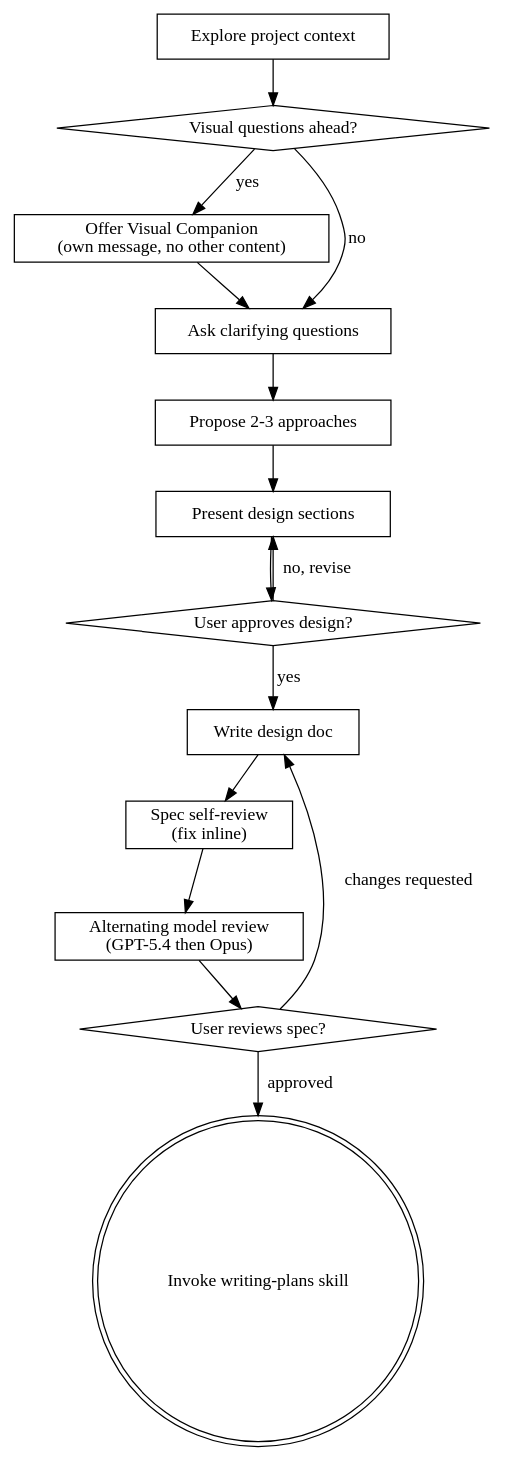
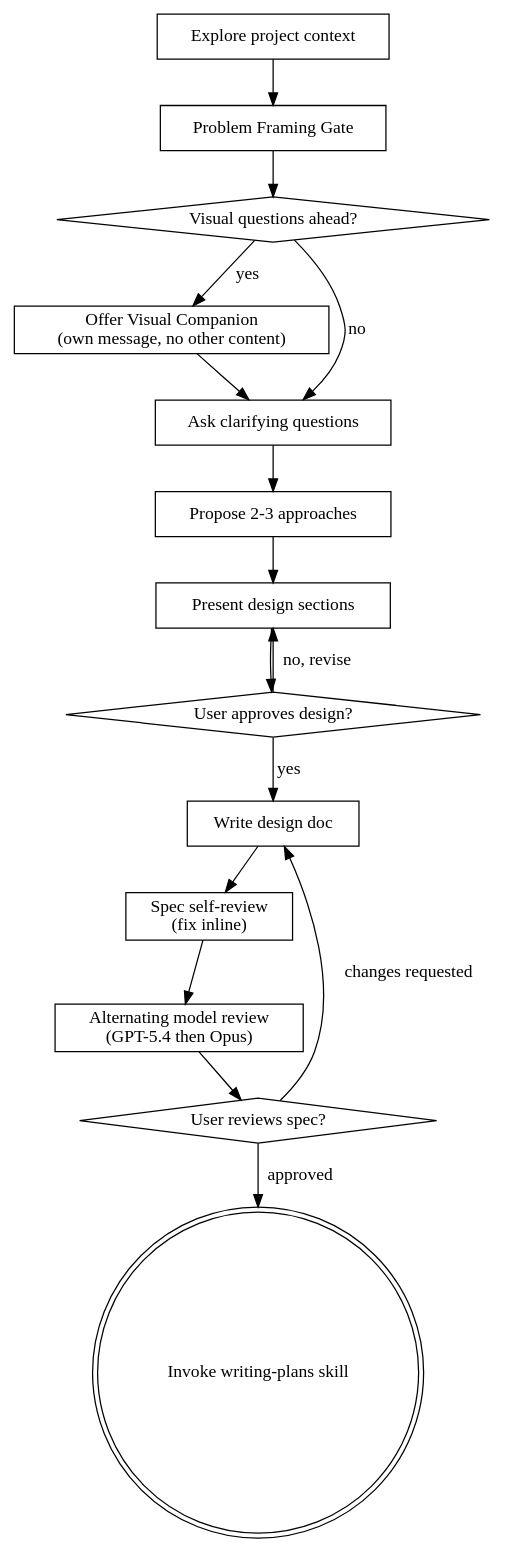
The diagram in skills/brainstorming/SKILL.md (jungsooyun/jstack), drawn with Graphviz before and after one commit. The commit also changed other lines of this file and 28 other files, not shown here.

````diff
--- a/skills/brainstorming/SKILL.md
+++ b/skills/brainstorming/SKILL.md
@@ -37,31 +38,33 @@
 ```dot
 digraph brainstorming {
     "Explore project context" [shape=box];
+    "Problem Framing Gate" [shape=box];
     "Visual questions ahead?" [shape=diamond];
     "Offer Visual Companion\n(own message, no other content)" [shape=box];
     "Ask clarifying questions" [shape=box];
     "Propose 2-3 approaches" [shape=box];
     "Present design sections" [shape=box];
     "User approves design?" [shape=diamond];
     "Write design doc" [shape=box];
     "Spec self-review\n(fix inline)" [shape=box];
     "Alternating model review\n(GPT-5.4 then Opus)" [shape=box];
     "User reviews spec?" [shape=diamond];
     "Invoke writing-plans skill" [shape=doublecircle];
 
-    "Explore project context" -> "Visual questions ahead?";
+    "Explore project context" -> "Problem Framing Gate";
+    "Problem Framing Gate" -> "Visual questions ahead?";
     "Visual questions ahead?" -> "Offer Visual Companion\n(own message, no other content)" [label="yes"];
     "Visual questions ahead?" -> "Ask clarifying questions" [label="no"];
     "Offer Visual Companion\n(own message, no other content)" -> "Ask clarifying questions";
     "Ask clarifying questions" -> "Propose 2-3 approaches";
     "Propose 2-3 approaches" -> "Present design sections";
     "Present design sections" -> "User approves design?";
     "User approves design?" -> "Present design sections" [label="no, revise"];
     "User approves design?" -> "Write design doc" [label="yes"];
     "Write design doc" -> "Spec self-review\n(fix inline)";
     "Spec self-review\n(fix inline)" -> "Alternating model review\n(GPT-5.4 then Opus)";
     "Alternating model review\n(GPT-5.4 then Opus)" -> "User reviews spec?";
     "User reviews spec?" -> "Write design doc" [label="changes requested"];
     "User reviews spec?" -> "Invoke writing-plans skill" [label="approved"];
 }
 ```
````
